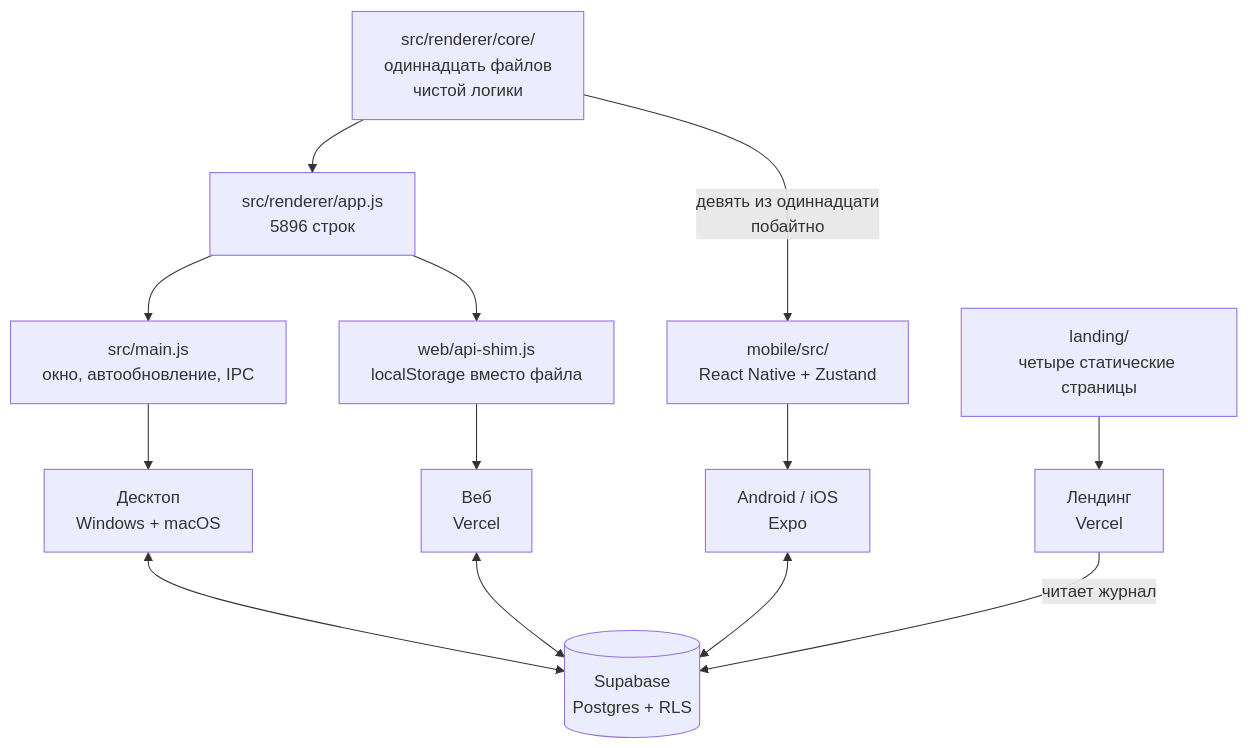
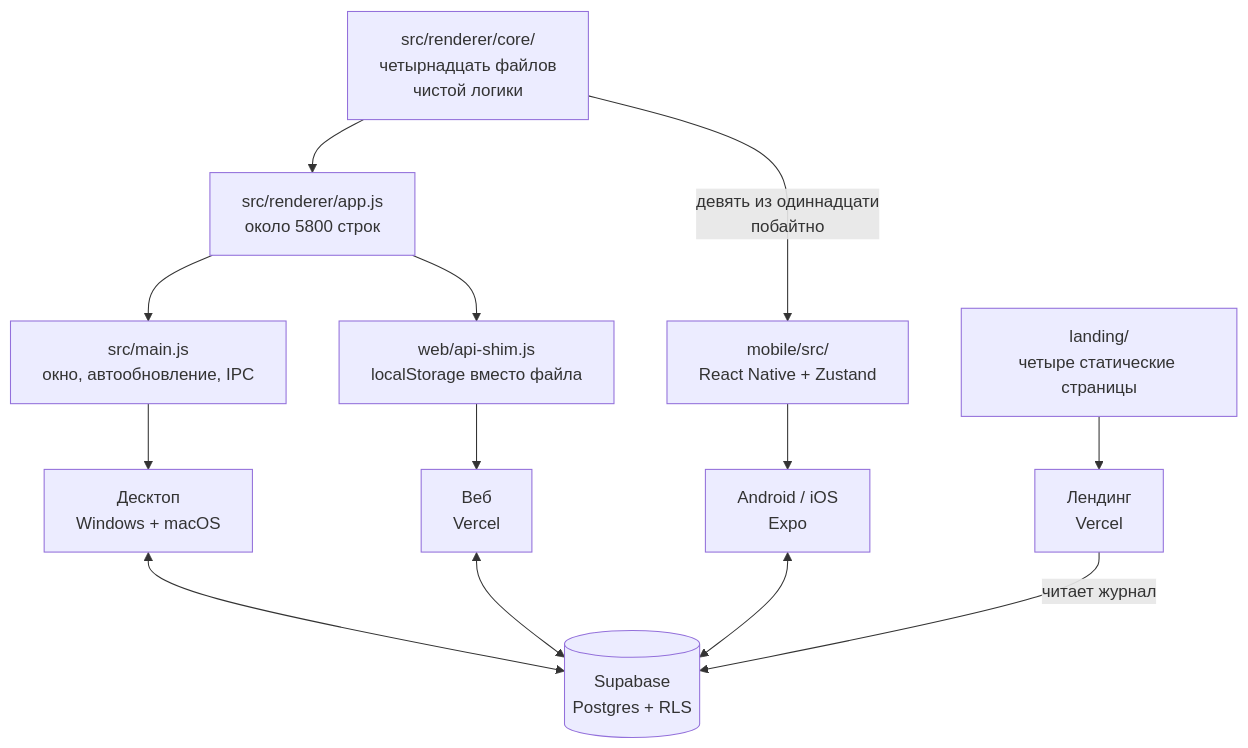
The first of 2 diagrams in ARCHITECTURE.md (lancibleofficial/Lancible), drawn with Mermaid before and after one commit. The commit also changed other lines of this file and 14 other files, not shown here.

````diff
--- a/ARCHITECTURE.md
+++ b/ARCHITECTURE.md
@@ -22,25 +22,25 @@
 ```mermaid
 graph TD
-    CORE["src/renderer/core/<br/>одиннадцать файлов<br/>чистой логики"]
+    CORE["src/renderer/core/<br/>четырнадцать файлов<br/>чистой логики"]
 
-    APP["src/renderer/app.js<br/>5896 строк"]
+    APP["src/renderer/app.js<br/>около 5800 строк"]
     MAIN["src/main.js<br/>окно, автообновление, IPC"]
     SHIM["web/api-shim.js<br/>localStorage вместо файла"]
     MOB["mobile/src/<br/>React Native + Zustand"]
     LAND["landing/<br/>четыре статические страницы"]
 
     CORE --> APP
     CORE -->|"девять из одиннадцати<br/>побайтно"| MOB
     APP --> MAIN
     APP --> SHIM
     MAIN --> DESK["Десктоп<br/>Windows + macOS"]
     SHIM --> WEB["Веб<br/>Vercel"]
     MOB --> ANDROID["Android / iOS<br/>Expo"]
     LAND --> SITE["Лендинг<br/>Vercel"]
 
     SB[("Supabase<br/>Postgres + RLS")]
     DESK <--> SB
     WEB <--> SB
     ANDROID <--> SB
     SITE -->|"читает журнал"| SB
 ```
````
